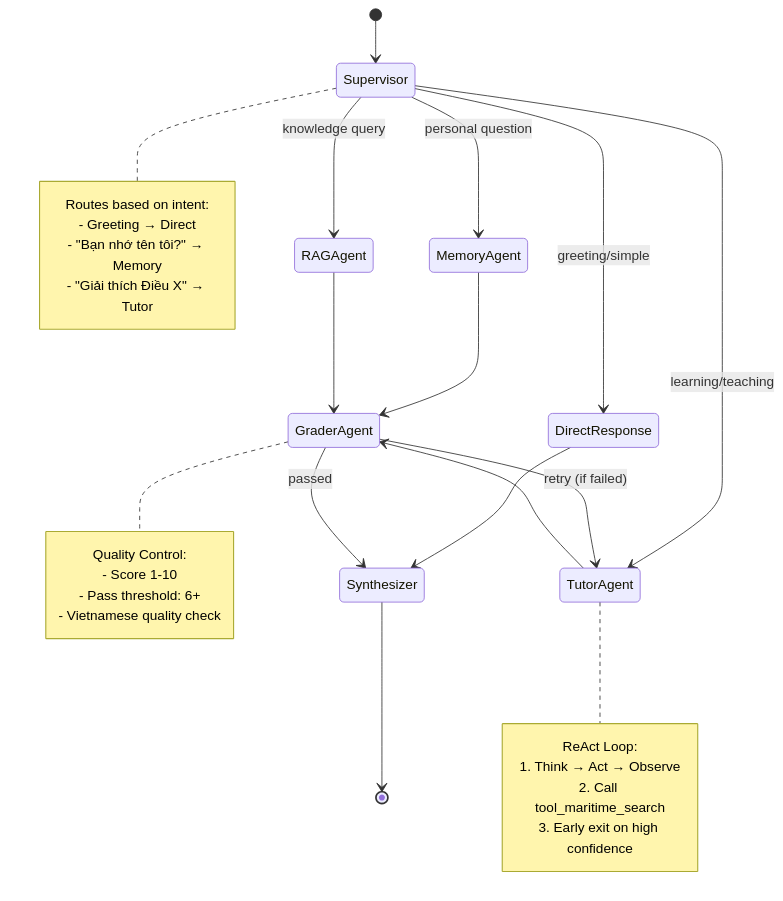
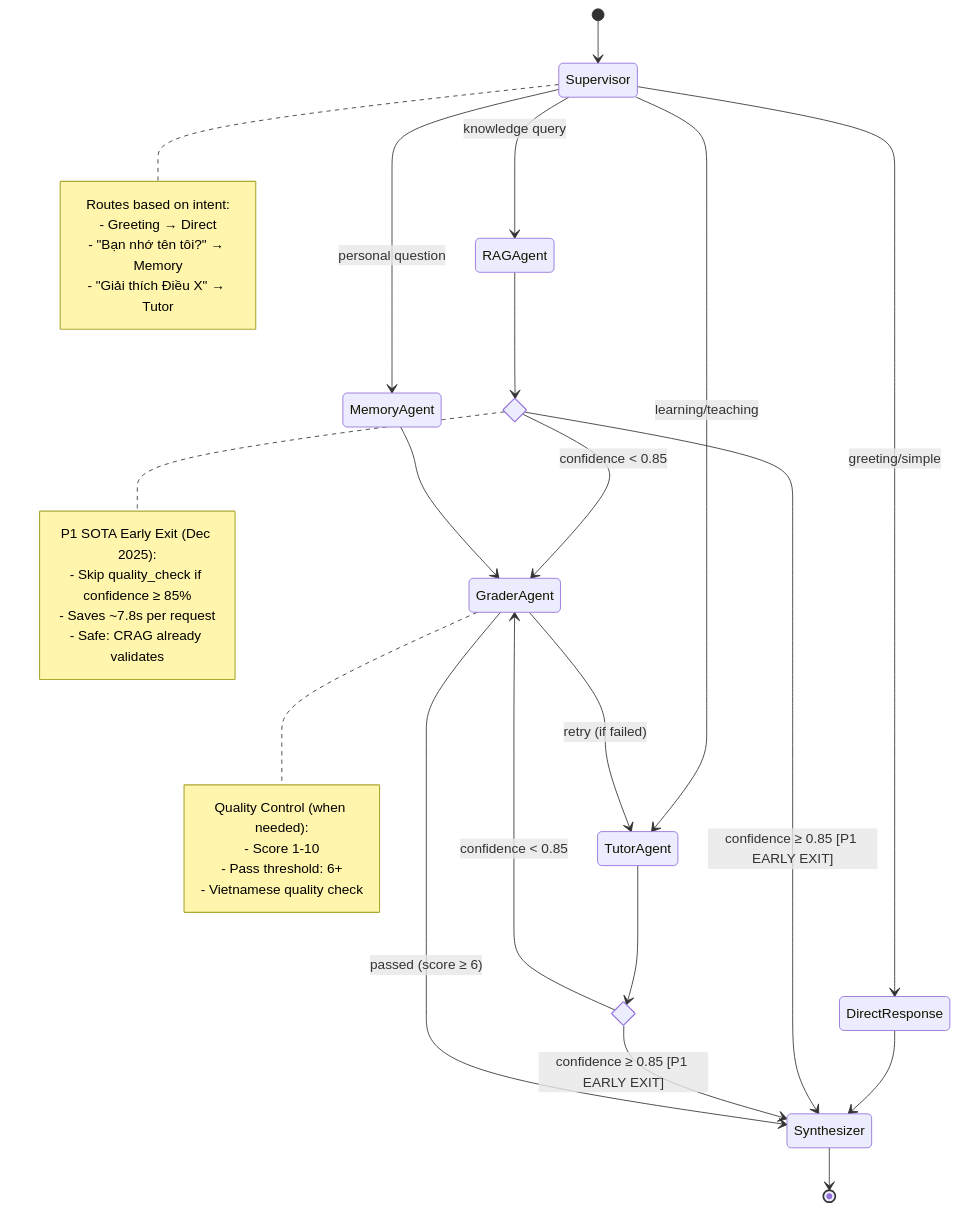
The fourth of 6 diagrams in docs/architecture/SYSTEM_FLOW.md (meiiie/LMS_AI), drawn with Mermaid before and after one commit. The commit also changed other lines of this file and 5 other files, not shown here.

````diff
--- a/docs/architecture/SYSTEM_FLOW.md
+++ b/docs/architecture/SYSTEM_FLOW.md
@@ -193,41 +197,49 @@
 ```mermaid
 stateDiagram-v2
     [*] --> Supervisor
     
     Supervisor --> DirectResponse: greeting/simple
     Supervisor --> MemoryAgent: personal question
     Supervisor --> TutorAgent: learning/teaching
     Supervisor --> RAGAgent: knowledge query
     
     DirectResponse --> Synthesizer
     
+    state RAGAgent_Check <<choice>>
+    RAGAgent --> RAGAgent_Check
+    RAGAgent_Check --> Synthesizer: confidence ≥ 0.85 [P1 EARLY EXIT]
+    RAGAgent_Check --> GraderAgent: confidence < 0.85
+    
+    state TutorAgent_Check <<choice>>
+    TutorAgent --> TutorAgent_Check
+    TutorAgent_Check --> Synthesizer: confidence ≥ 0.85 [P1 EARLY EXIT]
+    TutorAgent_Check --> GraderAgent: confidence < 0.85
+    
     MemoryAgent --> GraderAgent
-    TutorAgent --> GraderAgent
-    RAGAgent --> GraderAgent
     
-    GraderAgent --> Synthesizer: passed
+    GraderAgent --> Synthesizer: passed (score ≥ 6)
     GraderAgent --> TutorAgent: retry (if failed)
     
     Synthesizer --> [*]
     
     note right of Supervisor
         Routes based on intent:
         - Greeting → Direct
         - "Bạn nhớ tên tôi?" → Memory
         - "Giải thích Điều X" → Tutor
     end note
     
-    note right of TutorAgent
-        ReAct Loop:
-        1. Think → Act → Observe
-        2. Call tool_maritime_search
-        3. Early exit on high confidence
+    note right of RAGAgent_Check
+        P1 SOTA Early Exit (Dec 2025):
+        - Skip quality_check if confidence ≥ 85%
+        - Saves ~7.8s per request
+        - Safe: CRAG already validates
     end note
     
     note right of GraderAgent
-        Quality Control:
+        Quality Control (when needed):
         - Score 1-10
         - Pass threshold: 6+
         - Vietnamese quality check
     end note
 ```
````
